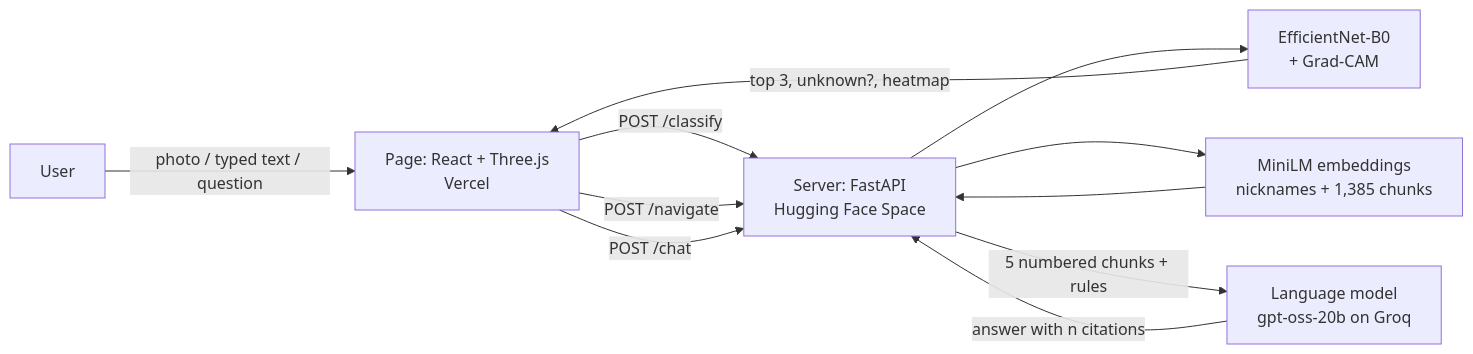
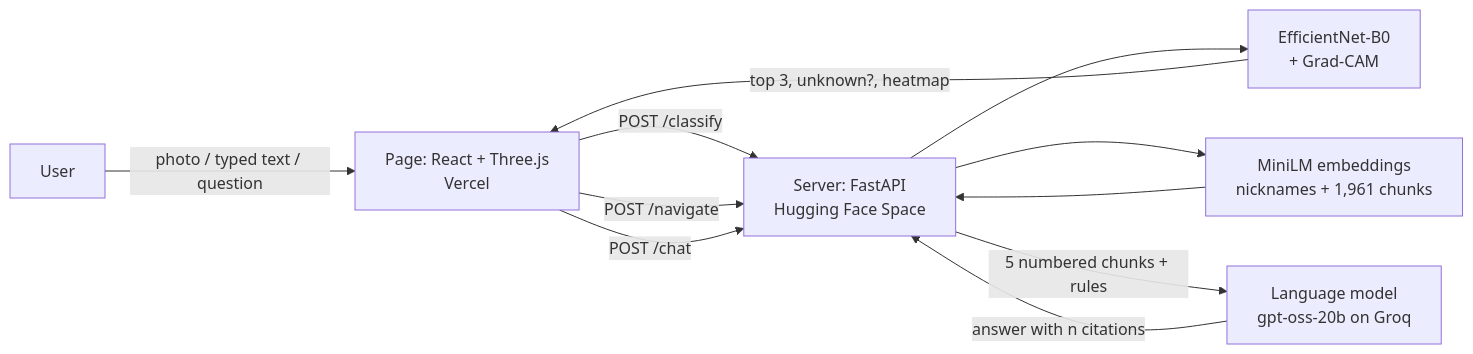
The diagram in REPORT.md (Divyansh-j04/AstroLens), drawn with Mermaid before and after one commit. The commit also changed other lines of this file and 63 other files, not shown here.

````diff
--- a/REPORT.md
+++ b/REPORT.md
@@ -39,13 +39,13 @@
 ```mermaid
 flowchart LR
     U[User] -->|photo / typed text / question| P[Page: React + Three.js<br>Vercel]
     P -->|POST /classify| S[Server: FastAPI<br>Hugging Face Space]
     P -->|POST /navigate| S
     P -->|POST /chat| S
     S --> C[EfficientNet-B0<br>+ Grad-CAM]
-    S --> M[MiniLM embeddings<br>nicknames + 1,385 chunks]
+    S --> M[MiniLM embeddings<br>nicknames + 1,961 chunks]
     S -->|5 numbered chunks + rules| L[Language model<br>gpt-oss-20b on Groq]
     C -->|top 3, unknown?, heatmap| P
     M --> S
     L -->|answer with n citations| S
 ```
````
